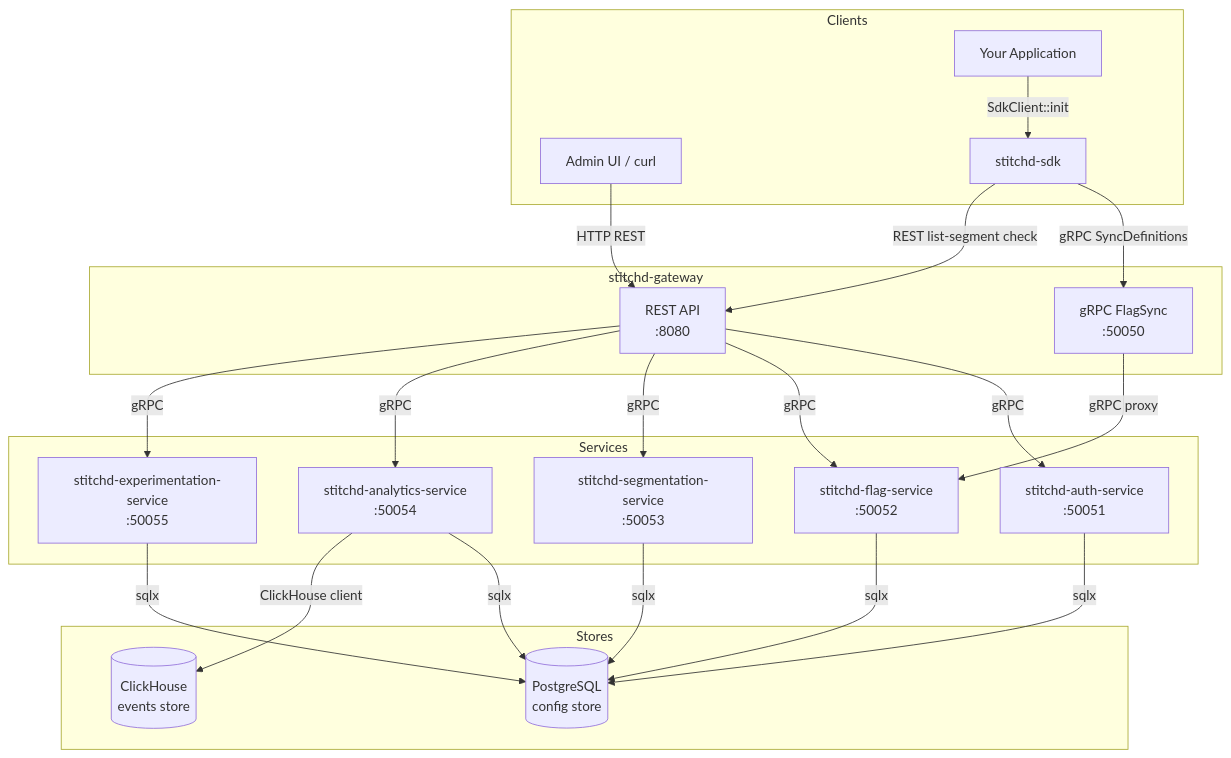
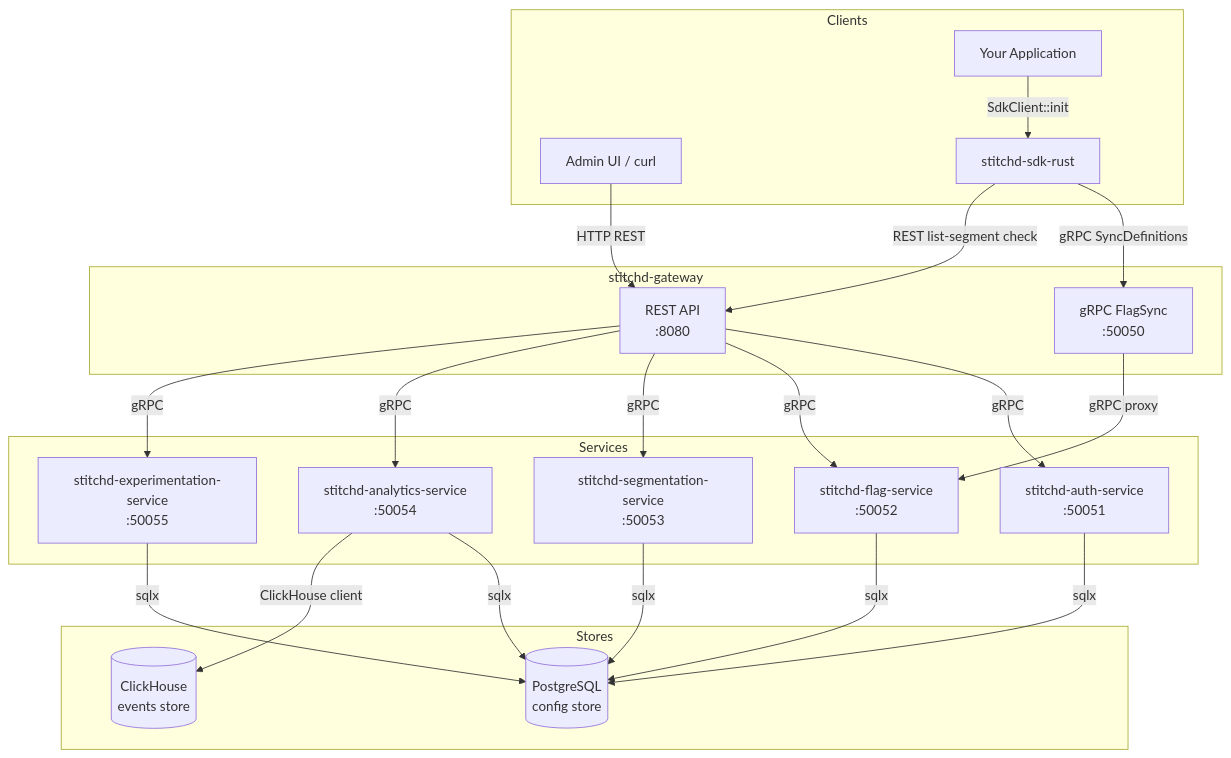
One commit to stitchd-dev/feature-flag changed the diagram in docs/src/architecture/README.md. Above: the diagram before and after it, drawn with Mermaid. The commit also changed 11 other files, not shown here.

````diff
--- a/docs/src/architecture/README.md
+++ b/docs/src/architecture/README.md
@@ -8,45 +8,45 @@
 ```mermaid
 graph TB
     subgraph Clients
         AdminUI[Admin UI / curl]
         App[Your Application]
-        SDK[stitchd-sdk]
+        SDK[stitchd-sdk-rust]
     end
 
     subgraph Gateway["stitchd-gateway"]
         REST[REST API\n:8080]
         GRPC_GW[gRPC FlagSync\n:50050]
     end
 
     subgraph Services
         AS[stitchd-auth-service\n:50051]
         FS[stitchd-flag-service\n:50052]
         SS[stitchd-segmentation-service\n:50053]
         ANS[stitchd-analytics-service\n:50054]
         XS[stitchd-experimentation-service\n:50055]
     end
 
     subgraph Stores
         PG[(PostgreSQL\nconfig store)]
         CH[(ClickHouse\nevents store)]
     end
 
     AdminUI -->|HTTP REST| REST
     App -->|SdkClient::init| SDK
     SDK -->|gRPC SyncDefinitions| GRPC_GW
     SDK -->|REST list-segment check| REST
 
     REST -->|gRPC| AS
     REST -->|gRPC| FS
     REST -->|gRPC| SS
     REST -->|gRPC| ANS
     REST -->|gRPC| XS
     GRPC_GW -->|gRPC proxy| FS
 
     AS -->|sqlx| PG
     FS -->|sqlx| PG
     SS -->|sqlx| PG
     XS -->|sqlx| PG
     ANS -->|sqlx| PG
     ANS -->|ClickHouse client| CH
 ```
````
